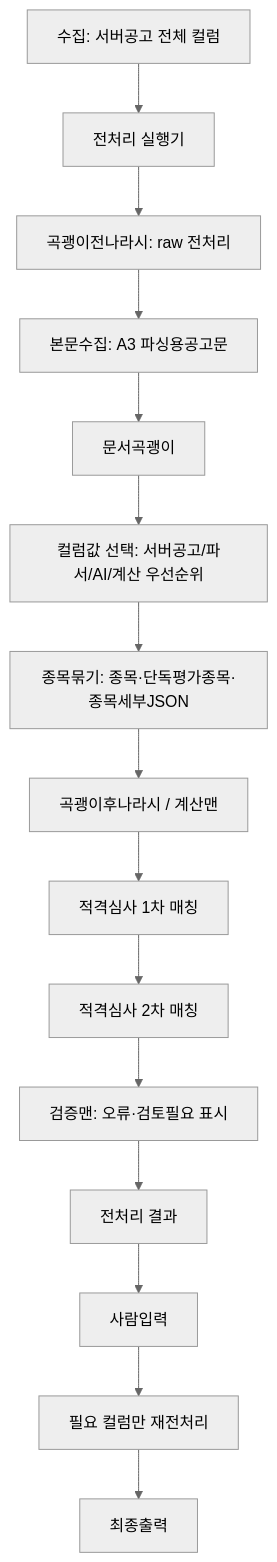
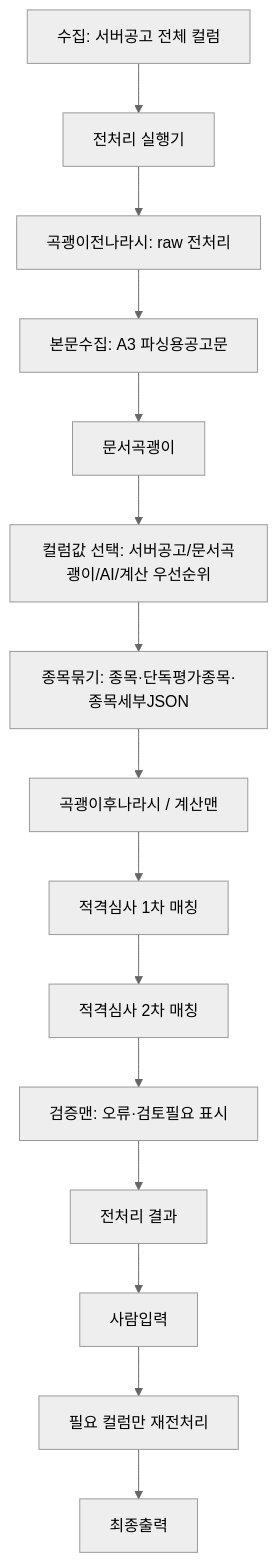
One commit to soonong/lastgonggo changed the diagram in docs/25_곡괭이질_문서곡괭이_계산맨_UIUX_통합분석_질문.md. Above: the diagram before and after it, drawn with Mermaid (neutral theme). The commit also changed 12 other files, not shown here.

````diff
--- a/docs/25_곡괭이질_문서곡괭이_계산맨_UIUX_통합분석_질문.md
+++ b/docs/25_곡괭이질_문서곡괭이_계산맨_UIUX_통합분석_질문.md
@@ -43,17 +43,17 @@
 ```mermaid
 flowchart TD
   A["수집: 서버공고 전체 컬럼"] --> B["전처리 실행기"]
   B --> C["곡괭이전나라시: raw 전처리"]
   C --> D["본문수집: A3 파싱용공고문"]
   D --> E["문서곡괭이"]
-  E --> F["컬럼값 선택: 서버공고/파서/AI/계산 우선순위"]
+  E --> F["컬럼값 선택: 서버공고/문서곡괭이/AI/계산 우선순위"]
   F --> G["종목묶기: 종목·단독평가종목·종목세부JSON"]
   G --> H["곡괭이후나라시 / 계산맨"]
   H --> I["적격심사 1차 매칭"]
   I --> J["적격심사 2차 매칭"]
   J --> K["검증맨: 오류·검토필요 표시"]
   K --> L["전처리 결과"]
   L --> M["사람입력"]
   M --> N["필요 컬럼만 재전처리"]
   N --> O["최종출력"]
 ```
````
